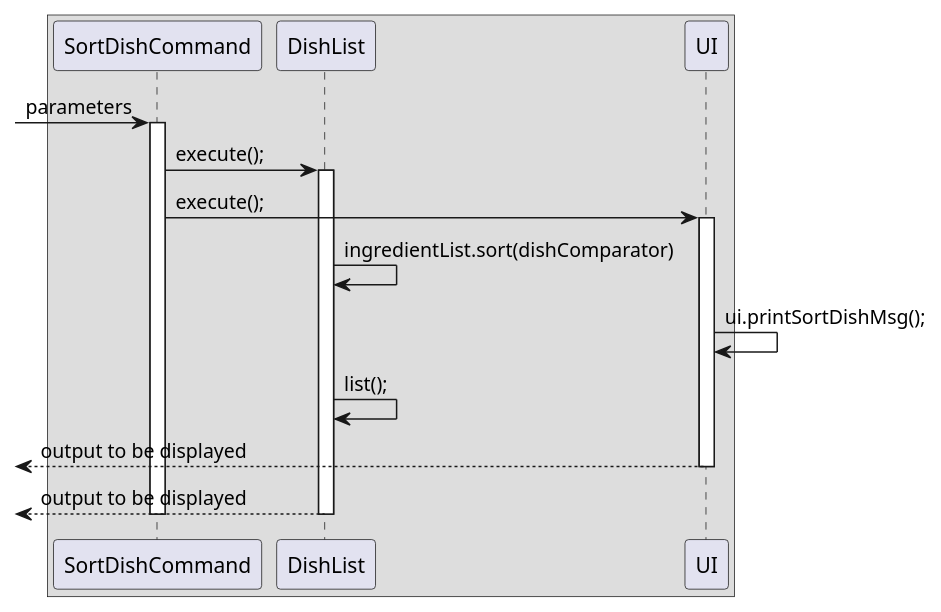
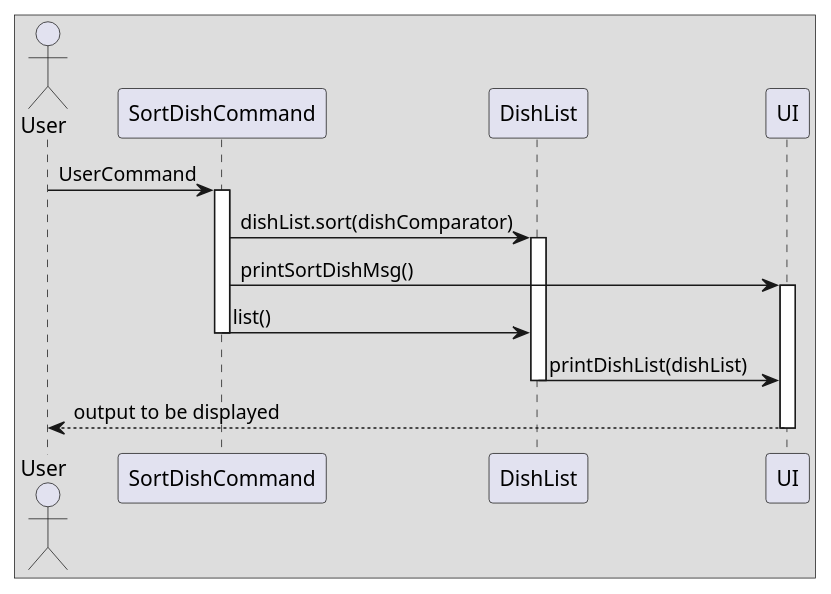
One commit to nus-cs2113-AY2122S1/tp changed the diagram in docs/puml/sort_dish_sequence.puml. Above: the diagram before and after it, drawn with PlantUML. The commit also changed 9 other files, not shown here.

```diff
--- a/docs/puml/sort_dish_sequence.puml
+++ b/docs/puml/sort_dish_sequence.puml
@@ -1,34 +1,32 @@
 @startuml
 'https://plantuml.com/sequence-diagram
 
 box
-
--> SortDishCommand: parameters
+actor User
+User -> SortDishCommand: UserCommand
 
 activate SortDishCommand
 
-SortDishCommand -> DishList: execute();
+SortDishCommand -> DishList: dishList.sort(dishComparator)
 
 activate DishList
 
-SortDishCommand -> UI : execute();
+SortDishCommand -> UI : printSortDishMsg()
 
 activate UI
 
-DishList -> DishList: ingredientList.sort(dishComparator)
+SortDishCommand -> DishList: list()
+deactivate SortDishCommand
 
-UI -> UI: ui.printSortDishMsg();
-
-DishList -> DishList : list();
-
-<-- UI: output to be displayed
+DishList -> UI: printDishList(dishList)
+deactivate DishList
+User <-- UI: output to be displayed
 
  deactivate UI
 
-<-- DishList: output to be displayed
 
- deactivate DishList
 
- deactivate SortDishCommand
+
+
 
 @enduml
```
